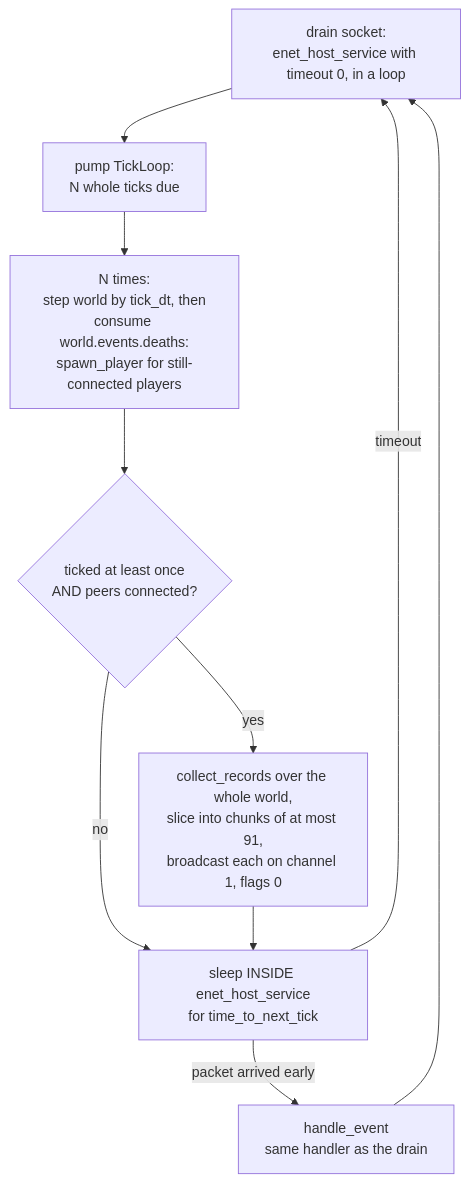
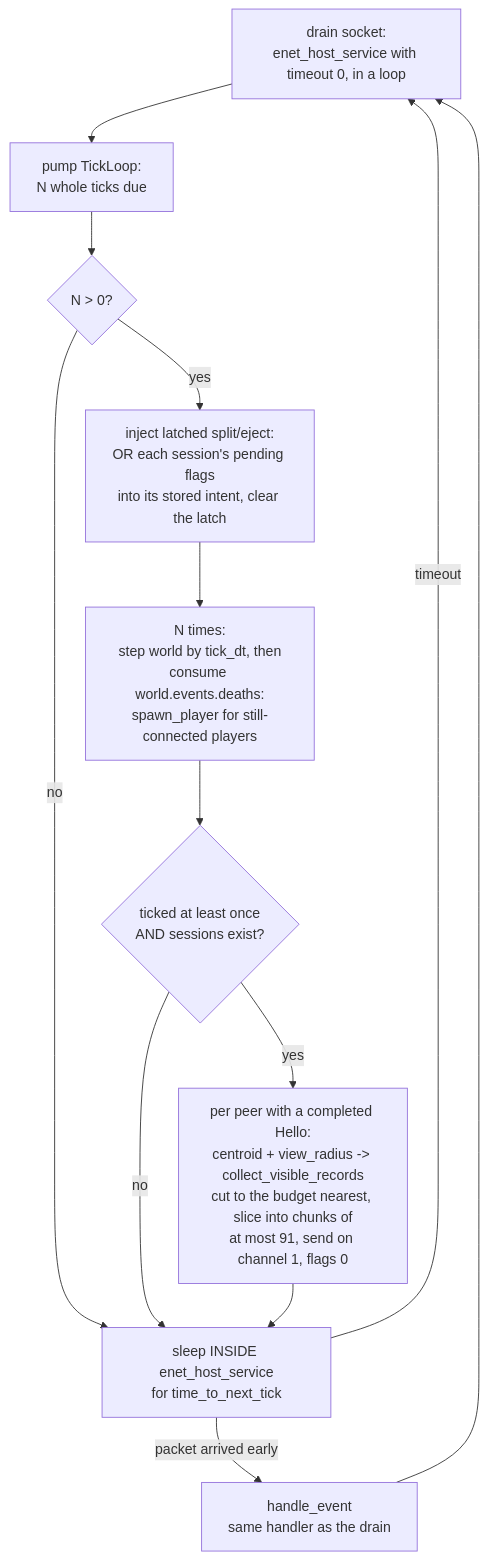
The second of 2 diagrams in docs/architecture.md (jbriand/blob), drawn with Mermaid before and after one commit. The commit also changed other lines of this file and 3 other files, not shown here.

````diff
--- a/docs/architecture.md
+++ b/docs/architecture.md
@@ -89,12 +103,15 @@
 ```mermaid
 flowchart TD
     drain["drain socket:<br/>enet_host_service with timeout 0, in a loop"] --> pump["pump TickLoop:<br/>N whole ticks due"]
-    pump --> steps["N times:<br/>step world by tick_dt, then<br/>consume world.events.deaths:<br/>spawn_player for still-connected players"]
-    steps --> gate{"ticked at least once<br/>AND peers connected?"}
-    gate -- yes --> bcast["collect_records over the whole world,<br/>slice into chunks of at most 91,<br/>broadcast each on channel 1, flags 0"]
+    pump --> latch{"N > 0?"}
+    latch -- yes --> inject["inject latched split/eject:<br/>OR each session's pending flags<br/>into its stored intent, clear the latch"]
+    latch -- no --> sleep
+    inject --> steps["N times:<br/>step world by tick_dt, then<br/>consume world.events.deaths:<br/>spawn_player for still-connected players"]
+    steps --> gate{"ticked at least once<br/>AND sessions exist?"}
+    gate -- yes --> send["per peer with a completed Hello:<br/>centroid + view_radius -> collect_visible_records<br/>cut to the budget nearest, slice into chunks of<br/>at most 91, send on channel 1, flags 0"]
     gate -- no --> sleep
-    bcast --> sleep["sleep INSIDE enet_host_service<br/>for time_to_next_tick"]
+    send --> sleep["sleep INSIDE enet_host_service<br/>for time_to_next_tick"]
     sleep -- "packet arrived early" --> handle["handle_event<br/>same handler as the drain"]
     sleep -- timeout --> drain
     handle --> drain
 ```
````
